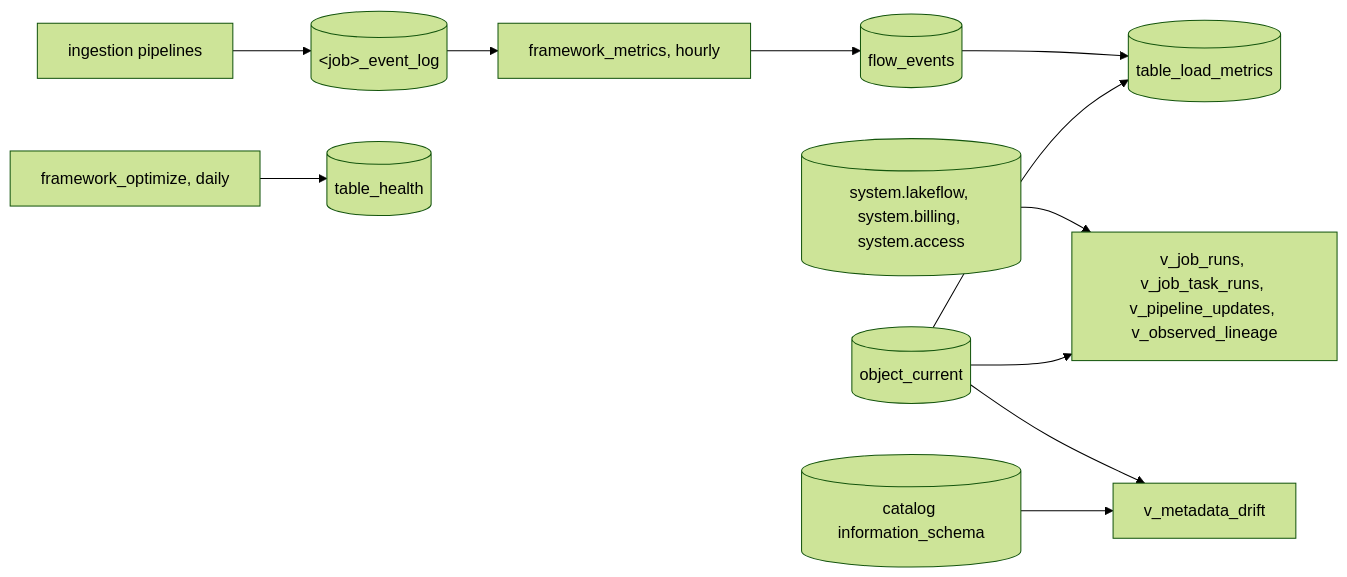
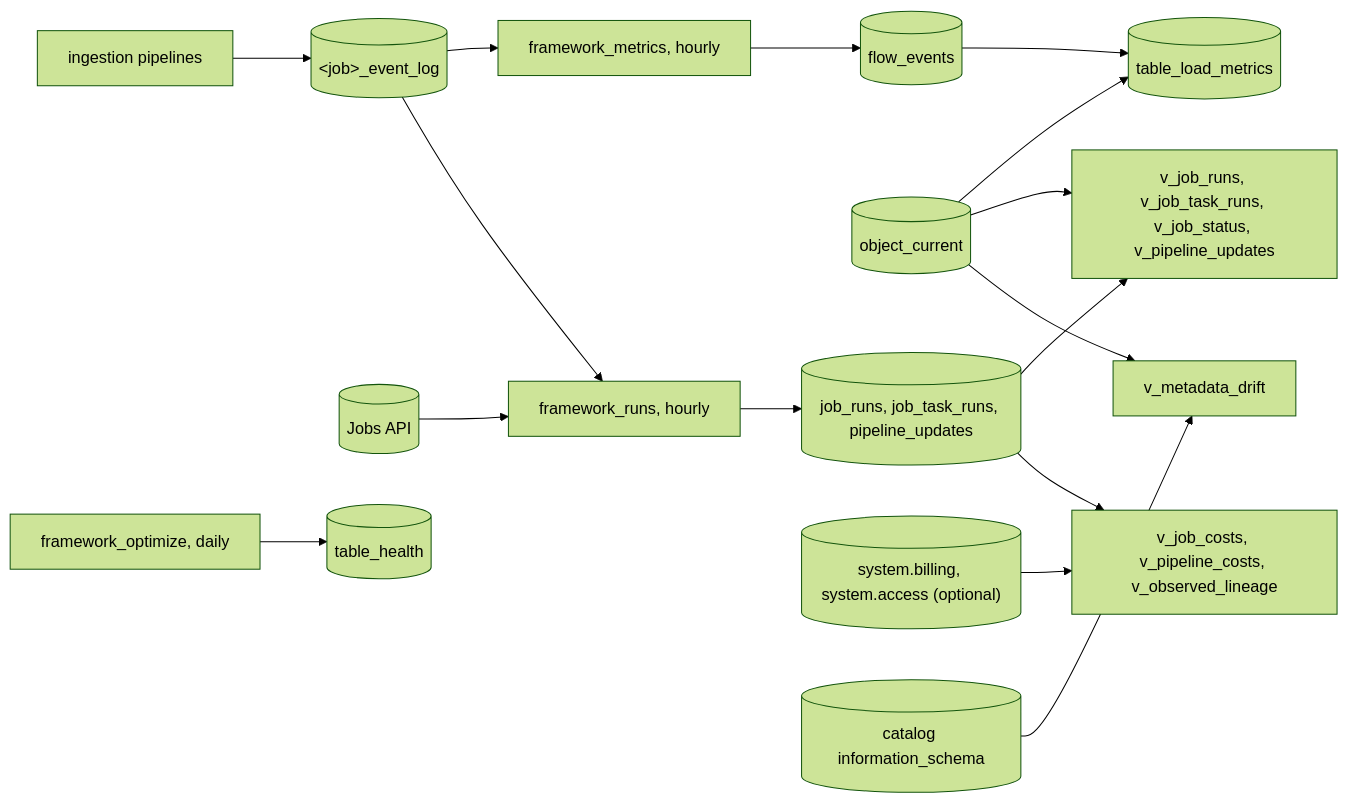
One commit to NitinKeshavB/framework changed the fourth of 9 diagrams in framework_docs/ARCHITECTURE.md. Above: the diagram before and after it, drawn with Mermaid (forest theme). The commit also changed other lines of this file and 14 other files, not shown here.

First line of the commit message:
Run status without system table grants; system views optional per target

````diff
--- a/framework_docs/ARCHITECTURE.md
+++ b/framework_docs/ARCHITECTURE.md
@@ -93,13 +94,18 @@
 ```mermaid
 flowchart LR
   ingestionPipelines[ingestion pipelines] --> eventLogs[("&lt;job&gt;_event_log")]
   eventLogs --> metricsPipeline[framework_metrics, hourly]
   metricsPipeline --> flowEvents[(flow_events)]
   flowEvents --> loadMetrics[(table_load_metrics)]
   registry[(object_current)] --> loadMetrics
-  systemTables[(system.lakeflow, system.billing, system.access)] --> runViews[v_job_runs, v_job_task_runs, v_pipeline_updates, v_observed_lineage]
+  jobsApi[(Jobs API)] --> runsJob[framework_runs, hourly]
+  eventLogs --> runsJob
+  runsJob --> runTables[(job_runs, job_task_runs, pipeline_updates)]
+  runTables --> runViews[v_job_runs, v_job_task_runs, v_job_status, v_pipeline_updates]
   registry --> runViews
+  systemTables[("system.billing, system.access (optional)")] --> costViews[v_job_costs, v_pipeline_costs, v_observed_lineage]
+  runTables --> costViews
   optimize[framework_optimize, daily] --> health[(table_health)]
   registry --> metadataDrift[v_metadata_drift]
   infoSchema[(catalog information_schema)] --> metadataDrift
 ```
````
